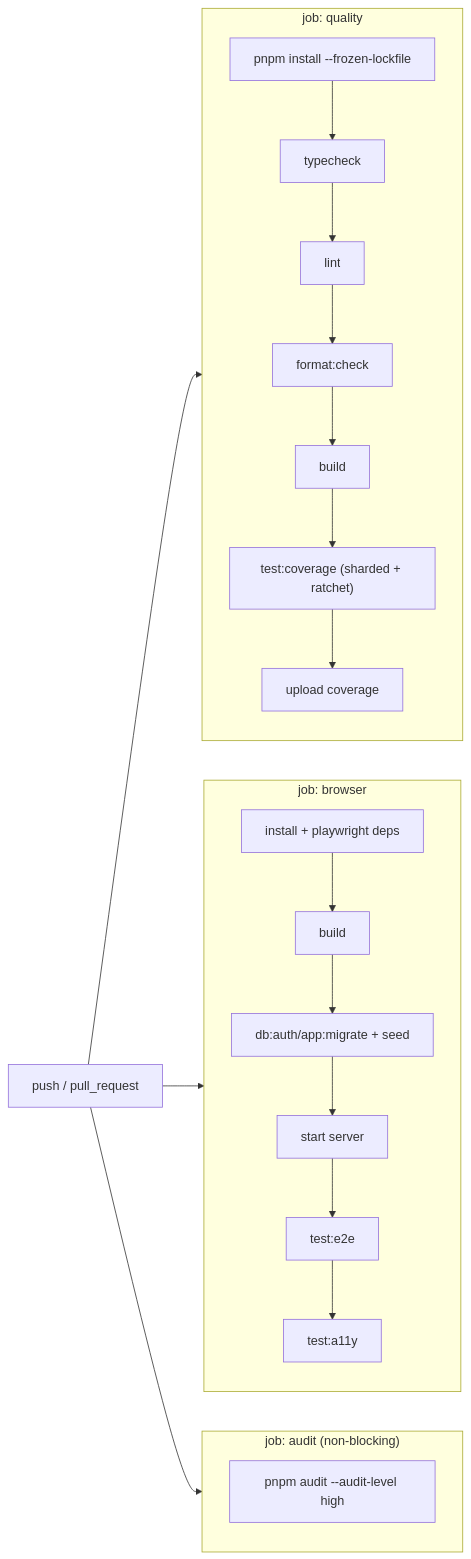
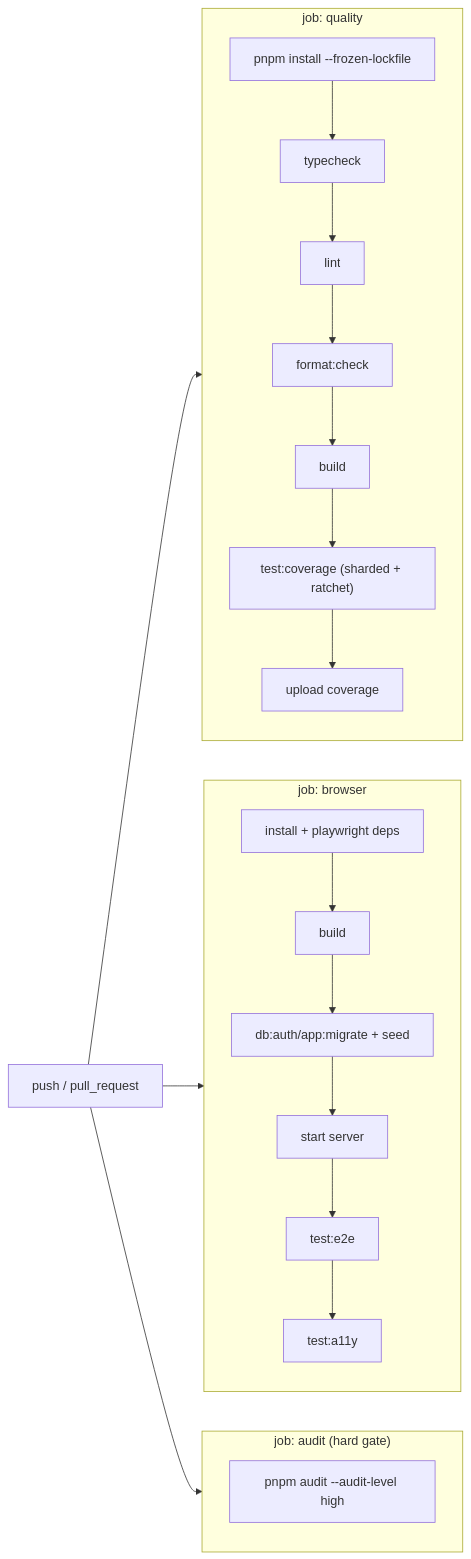
One commit to devresponse/devresponsekit changed the second of 3 diagrams in docs/devops-setup.md. Above: the diagram before and after it, drawn with Mermaid. The commit also changed other lines of this file and 24 other files, not shown here.

````diff
--- a/docs/devops-setup.md
+++ b/docs/devops-setup.md
@@ -95,13 +95,13 @@
 ```mermaid
 flowchart LR
     PRpush["push / pull_request"] --> Q & B & A
     subgraph Q["job: quality"]
         q1["pnpm install --frozen-lockfile"] --> q2["typecheck"] --> q3["lint"] --> q4["format:check"] --> q5["build"] --> q6["test:coverage (sharded + ratchet)"] --> q7["upload coverage"]
     end
     subgraph B["job: browser"]
         b1["install + playwright deps"] --> b2["build"] --> b3["db:auth/app:migrate + seed"] --> b4["start server"] --> b5["test:e2e"] --> b6["test:a11y"]
     end
-    subgraph A["job: audit (non-blocking)"]
+    subgraph A["job: audit (hard gate)"]
         a1["pnpm audit --audit-level high"]
     end
 ```
````
